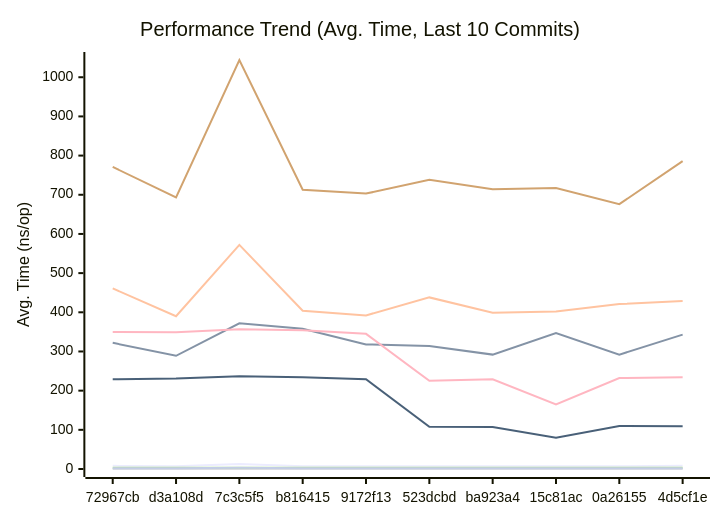
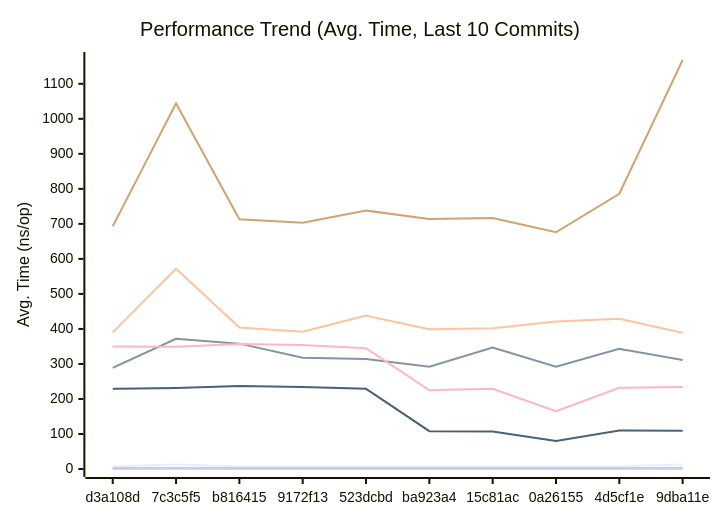
The first of 3 diagrams in docs/PERFORMANCE.md (alsotoes/momo), drawn with Mermaid before and after one commit. The commit also changed other lines of this file and 2 other files, not shown here.

````diff
--- a/docs/PERFORMANCE.md
+++ b/docs/PERFORMANCE.md
@@ -81,16 +80,16 @@
 ```mermaid
 xychart-beta
     title "Performance Trend (Avg. Time, Last 10 Commits)"
     x-axis "Commit"
     y-axis "Avg. Time (ns/op)"
-    x-axis [72967cb,d3a108d,7c3c5f5,b816415,9172f13,523dcbd,ba923a4,15c81ac,0a26155,4d5cf1e]
-    line "CheckMetricsAndSwap" [8,7,13,7,7,7,7,7,7,8]
-    line "CrushOptimized" [322,289,372,358,318,314,292,347,292,343]
-    line "CrushOriginal" [461,390,572,404,392,438,399,402,421,429]
+    x-axis [d3a108d,7c3c5f5,b816415,9172f13,523dcbd,ba923a4,15c81ac,0a26155,4d5cf1e,9dba11e]
+    line "CheckMetricsAndSwap" [7,13,7,7,7,7,7,7,8,13]
+    line "CrushOptimized" [289,372,358,318,314,292,347,292,343,311]
+    line "CrushOriginal" [390,572,404,392,438,399,402,421,429,389]
     line "IndexDirectTracking" [0,0,0,0,0,0,0,0,0,0]
     line "IndexSearch" [3,3,3,3,3,3,3,3,3,3]
-    line "LoadGlobalConfig" [771,693,1044,713,703,738,714,717,676,786]
-    line "PadString" [2,2,3,2,2,2,2,2,2,2]
+    line "LoadGlobalConfig" [693,1044,713,703,738,714,717,676,786,1168]
+    line "PadString" [2,3,2,2,2,2,2,2,2,2]
     line "ParseReplicationOrder_NoPrealloc" [350,349,357,354,345,225,229,165,232,234]
     line "ParseReplicationOrder_Prealloc" [229,231,237,234,229,108,107,80,110,109]
 ```
````
